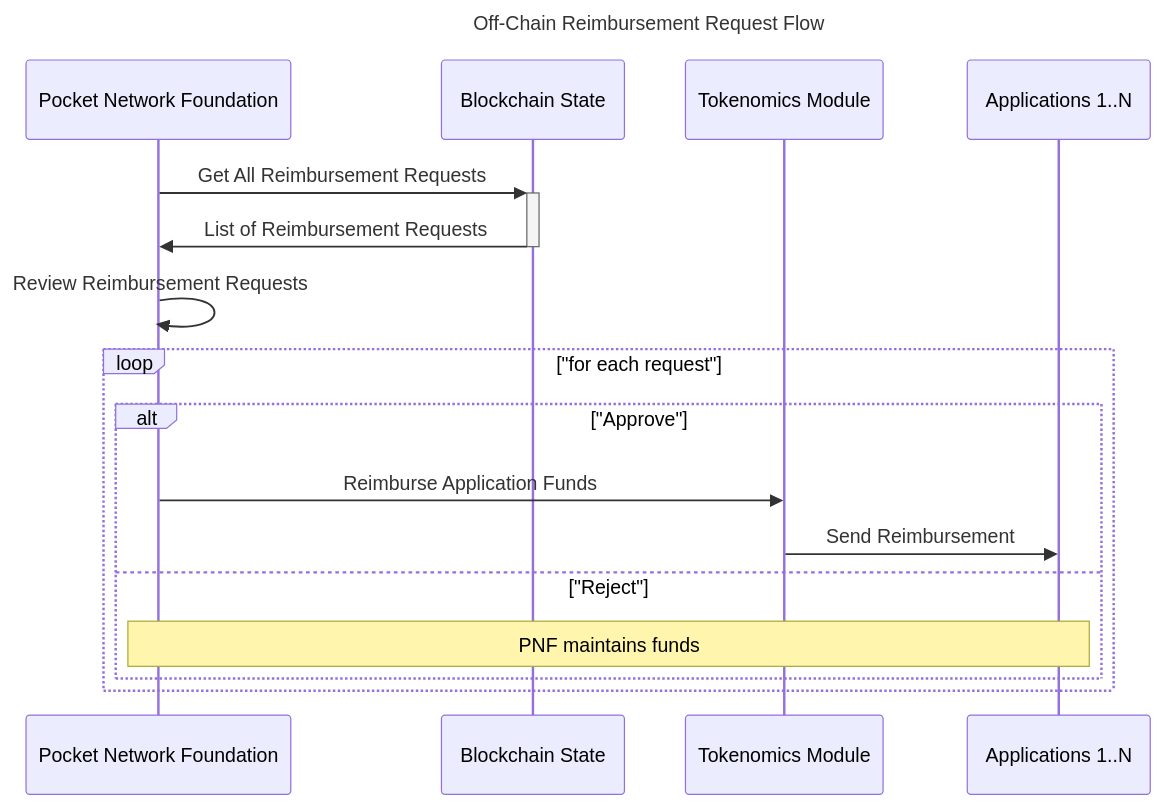
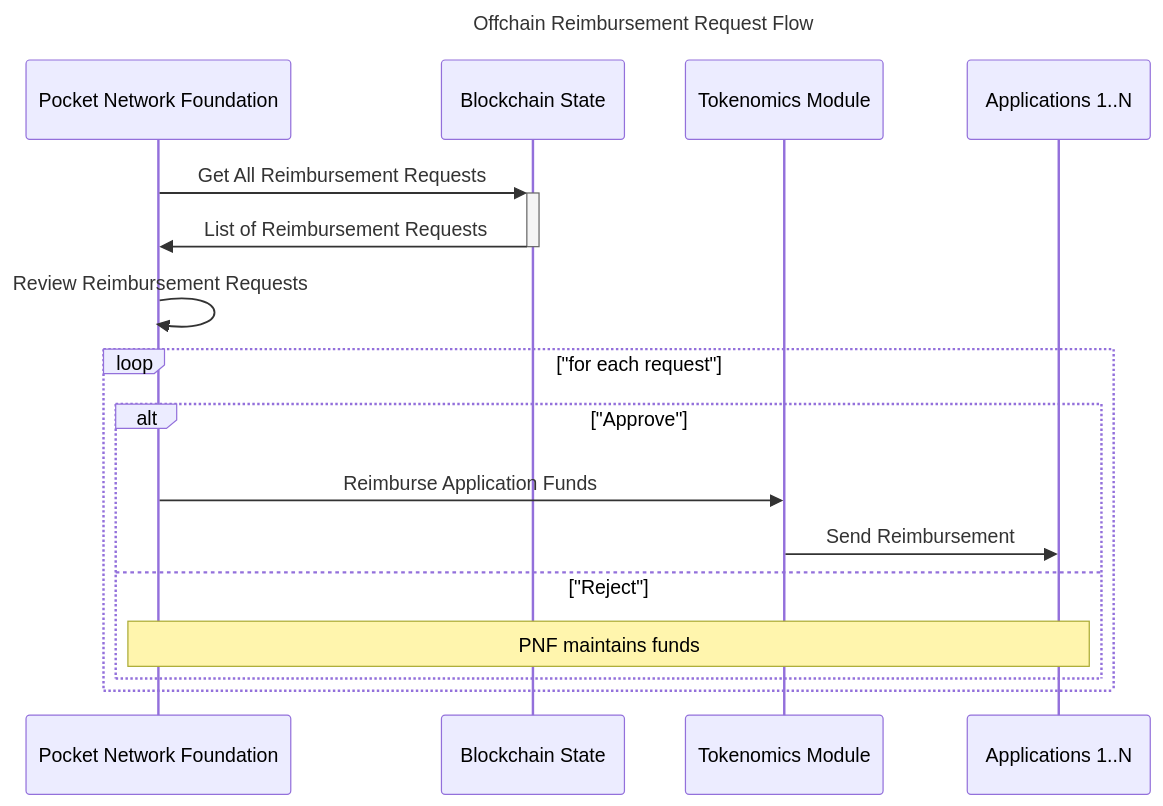
Before and after one commit to pokt-network/poktroll: the sixth of 6 diagrams in docusaurus/docs/protocol/tokenomics/token_logic_modules.md, drawn with Mermaid. The commit also changed other lines of this file and 152 other files, not shown here.

Commit message:
chore: Replace on/off-chain with on/offchain

````diff
--- a/docusaurus/docs/protocol/tokenomics/token_logic_modules.md
+++ b/docusaurus/docs/protocol/tokenomics/token_logic_modules.md
@@ -419,22 +419,22 @@
 ```mermaid
 ---
-title: "Off-Chain Reimbursement Request Flow"
+title: "Offchain Reimbursement Request Flow"
 ---
 sequenceDiagram
     participant PNF as Pocket Network Foundation
     participant BS as Blockchain State
     participant T as Tokenomics Module
     participant Apps as Applications 1..N
 
     PNF ->> +BS: Get All Reimbursement Requests
     BS ->> -PNF: List of Reimbursement Requests
     PNF ->> PNF: Review Reimbursement Requests
     loop "for each request"
         alt "Approve"
             PNF ->> T: Reimburse Application Funds
             T ->> Apps: Send Reimbursement
         else "Reject"
             note over PNF, Apps: PNF maintains funds
         end
     end
 ```
````
